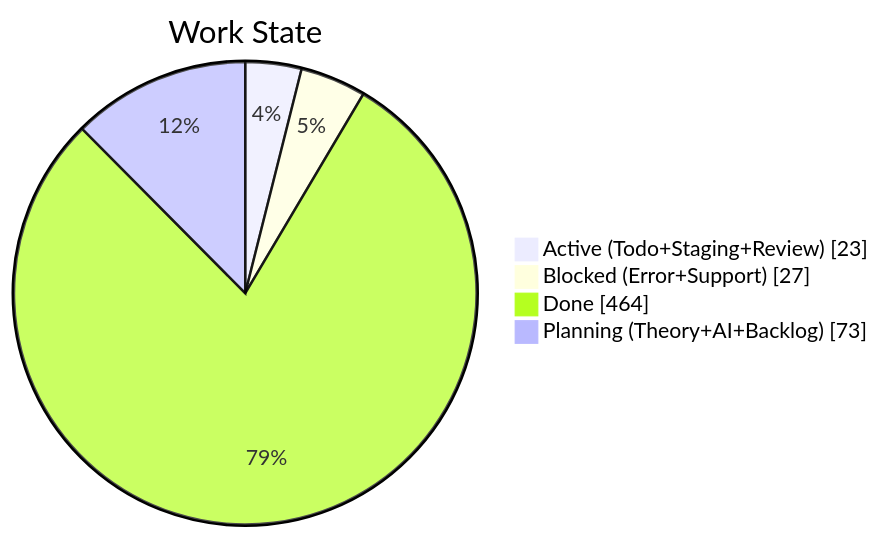
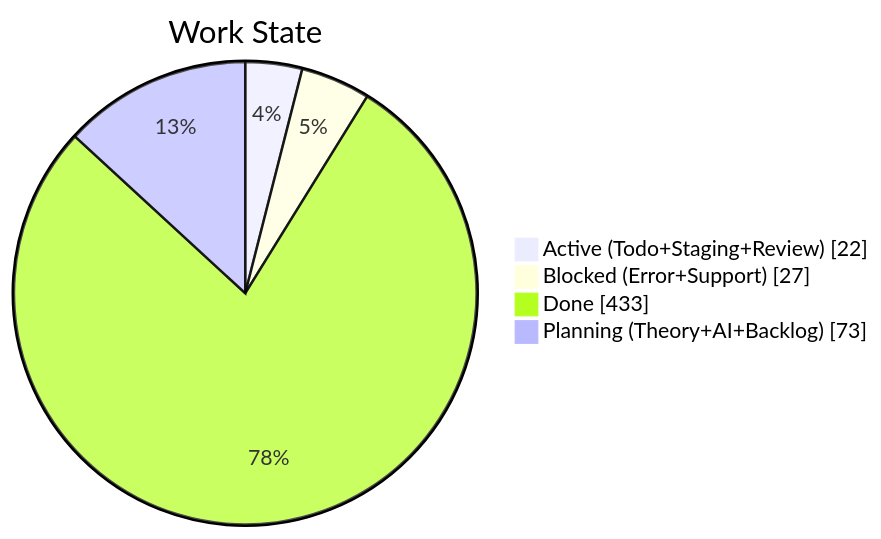
The second of 4 diagrams in apps/kbve/astro-kbve/src/content/docs/dashboard/kanban-data.mdx (KBVE/kbve), drawn with Mermaid before and after one commit. The commit also changed other lines of this file and 8 other files, not shown here.

````diff
--- a/apps/kbve/astro-kbve/src/content/docs/dashboard/kanban-data.mdx
+++ b/apps/kbve/astro-kbve/src/content/docs/dashboard/kanban-data.mdx
@@ -68,8 +68,8 @@
 ```mermaid
 pie showData
     title Work State
-    "Active (Todo+Staging+Review)" : 23
+    "Active (Todo+Staging+Review)" : 22
     "Blocked (Error+Support)" : 27
-    "Done" : 464
+    "Done" : 433
     "Planning (Theory+AI+Backlog)" : 73
 ```
````
